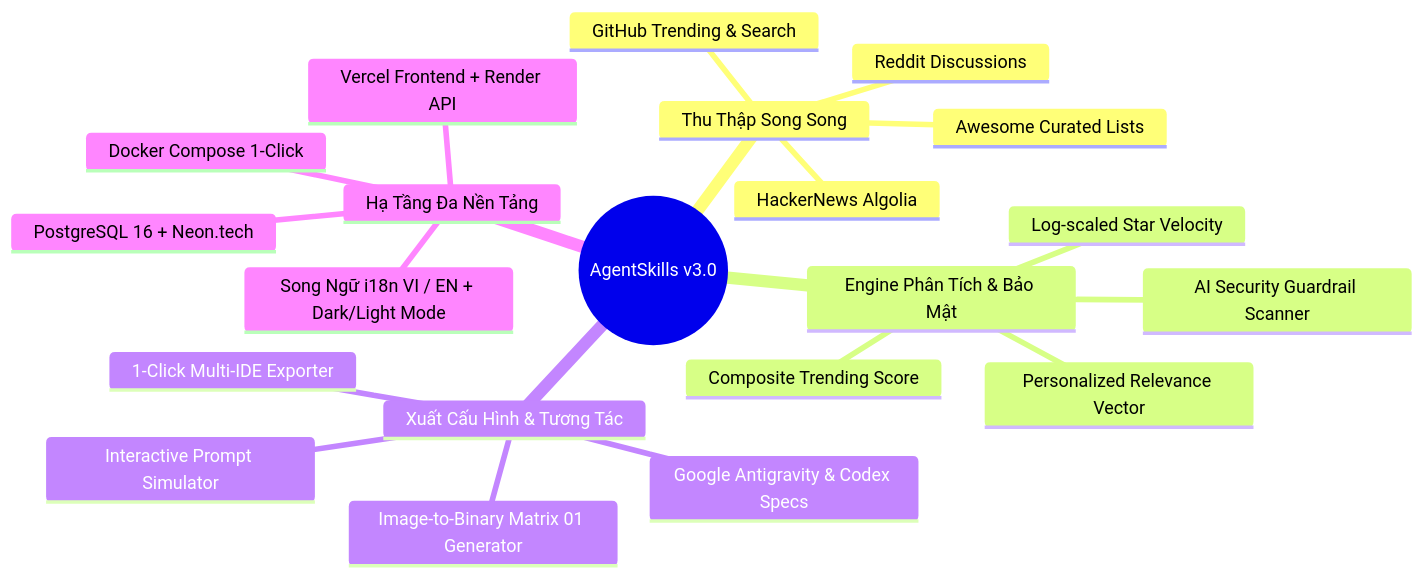
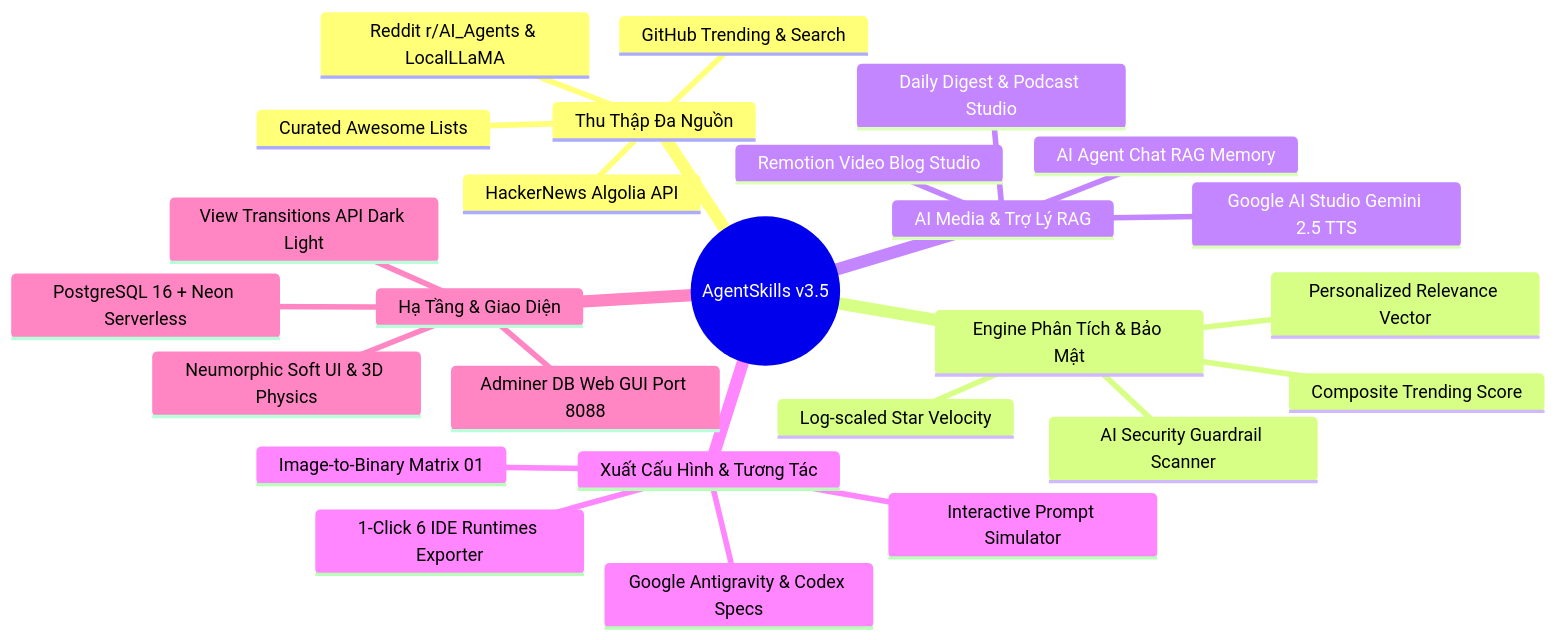
The first of 2 diagrams in README.md (minhhieu04/agent-skill-trending), drawn with Mermaid before and after one commit. The commit also changed other lines of this file, not shown here.

Commit message:
docs: update README with v3.5 specifications, podcast studio, remotion video, and test suite

````diff
--- a/README.md
+++ b/README.md
@@ -63,24 +69,29 @@
 ```mermaid
 mindmap
-  root((AgentSkills v3.0))
-    Thu Thập Song Song
+  root((AgentSkills v3.5))
+    Thu Thập Đa Nguồn
       GitHub Trending & Search
-      Reddit Discussions
-      HackerNews Algolia
-      Awesome Curated Lists
+      Reddit r/AI_Agents & LocalLLaMA
+      HackerNews Algolia API
+      Curated Awesome Lists
     Engine Phân Tích & Bảo Mật
       Composite Trending Score
       Personalized Relevance Vector
       AI Security Guardrail Scanner
       Log-scaled Star Velocity
+    AI Media & Trợ Lý RAG
+      Daily Digest & Podcast Studio
+      Google AI Studio Gemini 2.5 TTS
+      Remotion Video Blog Studio
+      AI Agent Chat RAG Memory
     Xuất Cấu Hình & Tương Tác
-      1-Click Multi-IDE Exporter
+      1-Click 6 IDE Runtimes Exporter
       Google Antigravity & Codex Specs
       Interactive Prompt Simulator
-      Image-to-Binary Matrix 01 Generator
-    Hạ Tầng Đa Nền Tảng
-      PostgreSQL 16 + Neon.tech
-      Vercel Frontend + Render API
-      Docker Compose 1-Click
-      Song Ngữ i18n VI / EN + Dark/Light Mode
+      Image-to-Binary Matrix 01
+    Hạ Tầng & Giao Diện
+      PostgreSQL 16 + Neon Serverless
+      Adminer DB Web GUI Port 8088
+      Neumorphic Soft UI & 3D Physics
+      View Transitions API Dark Light
 ```
````
